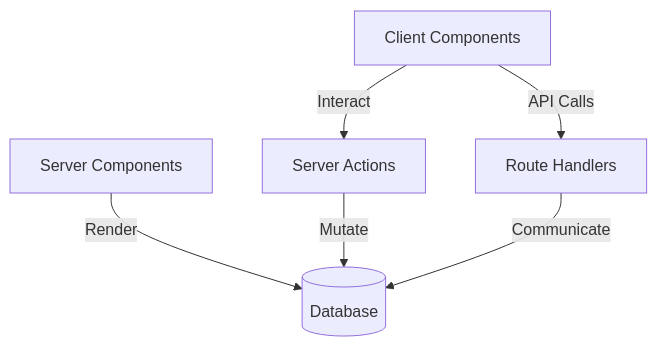
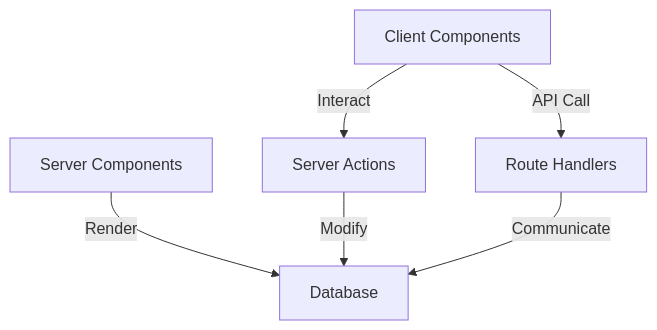
Diagram 12 of 12 in NextJS/Next-JS-Tutorial/Articles/Modern-Client-Server-Architecture.md (seanwhs/Tutorials), drawn with Mermaid before and after one commit. The commit also changed other lines of this file, not shown here.

````diff
--- a/NextJS/Next-JS-Tutorial/Articles/Modern-Client-Server-Architecture.md
+++ b/NextJS/Next-JS-Tutorial/Articles/Modern-Client-Server-Architecture.md
@@ -951,18 +923,14 @@
 ```mermaid
 graph TD
+    SC[Server Components]
+    CC[Client Components]
+    SA[Server Actions]
+    RH[Route Handlers]
+    DB[Database]
 
-SC[Server Components]
-CC[Client Components]
-SA[Server Actions]
-RH[Route Handlers]
-
-SC -->|Render| DB[(Database)]
-
-CC -->|Interact| SA
-
-CC -->|API Calls| RH
-
-SA -->|Mutate| DB
-
-RH -->|Communicate| DB
+    SC -->|Render| DB
+    CC -->|Interact| SA
+    CC -->|API Call| RH
+    SA -->|Modify| DB
+    RH -->|Communicate| DB
 ```
````
